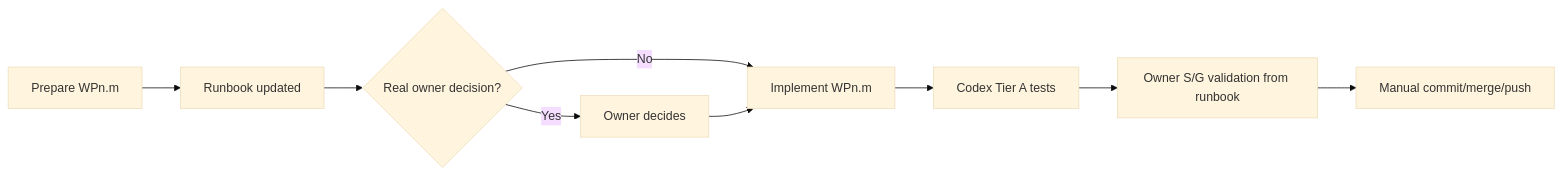
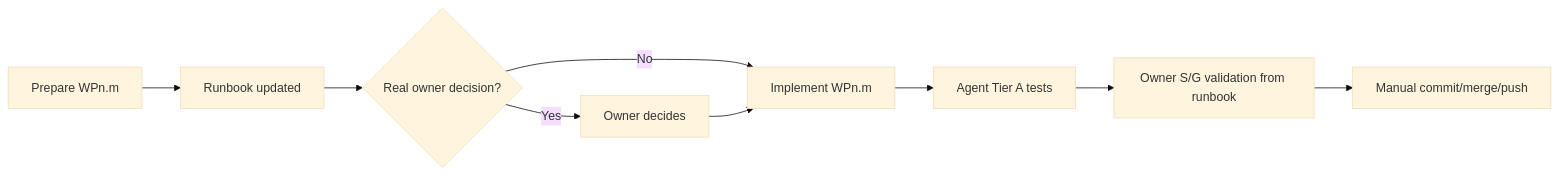
One commit to Lookieman/kaki-talkie changed the second of 2 diagrams in docs/04-prototype/execution-plan.md. Above: the diagram before and after it, drawn with Mermaid (base theme). The commit also changed other lines of this file and 61 other files, not shown here.

````diff
--- a/docs/04-prototype/execution-plan.md
+++ b/docs/04-prototype/execution-plan.md
@@ -82,11 +89,11 @@
 ```mermaid
 flowchart LR
     P["Prepare WPn.m"] --> R["Runbook updated"]
     R --> D{"Real owner decision?"}
     D -->|Yes| O["Owner decides"]
     D -->|No| I["Implement WPn.m"]
     O --> I
-    I --> T["Codex Tier A tests"]
+    I --> T["Agent Tier A tests"]
     T --> V["Owner S/G validation from runbook"]
     V --> C["Manual commit/merge/push"]
 ```
````
